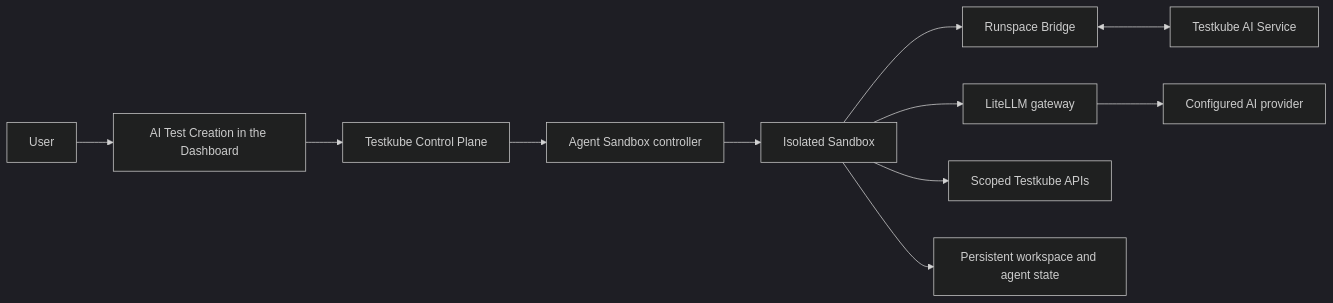
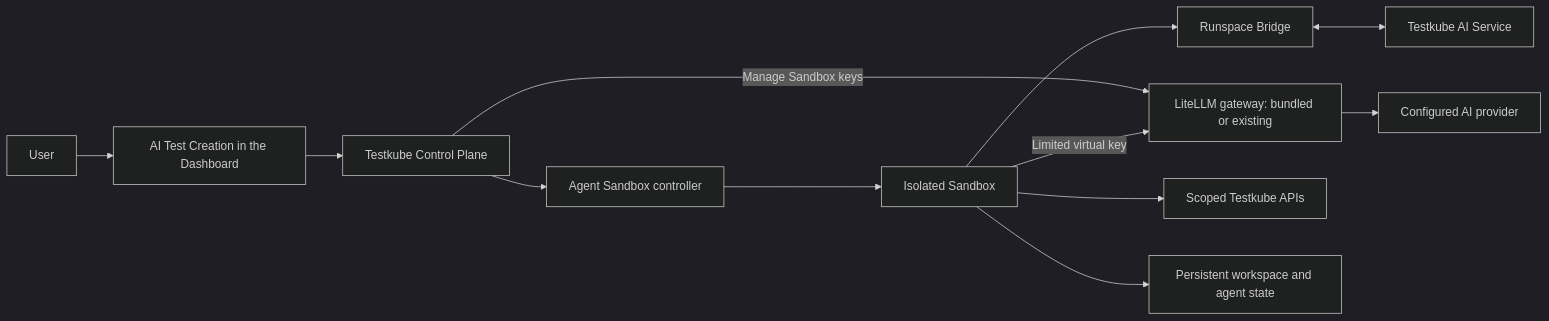
The diagram in docs/articles/ai-test-creation.md (kubeshop/testkube-docs), drawn with Mermaid (dark theme) before and after one commit. The commit also changed other lines of this file, not shown here.

Commit message:
docs: explain using an existing LiteLLM gateway for test creation

````diff
--- a/docs/articles/ai-test-creation.md
+++ b/docs/articles/ai-test-creation.md
@@ -28,14 +28,15 @@
 ```mermaid
 flowchart LR
     User["User"] --> Dashboard["AI Test Creation in the Dashboard"]
     Dashboard --> API["Testkube Control Plane"]
     API --> Controller["Agent Sandbox controller"]
     Controller --> Sandbox["Isolated Sandbox"]
 
     Sandbox --> Bridge["Runspace Bridge"]
     Bridge <--> AI["Testkube AI Service"]
-    Sandbox --> Gateway["LiteLLM gateway"]
+    API -->|Manage Sandbox keys| Gateway["LiteLLM gateway: bundled or existing"]
+    Sandbox -->|Limited virtual key| Gateway
     Gateway --> Provider["Configured AI provider"]
     Sandbox --> Testkube["Scoped Testkube APIs"]
     Sandbox --> Storage["Persistent workspace and agent state"]
 ```
````
